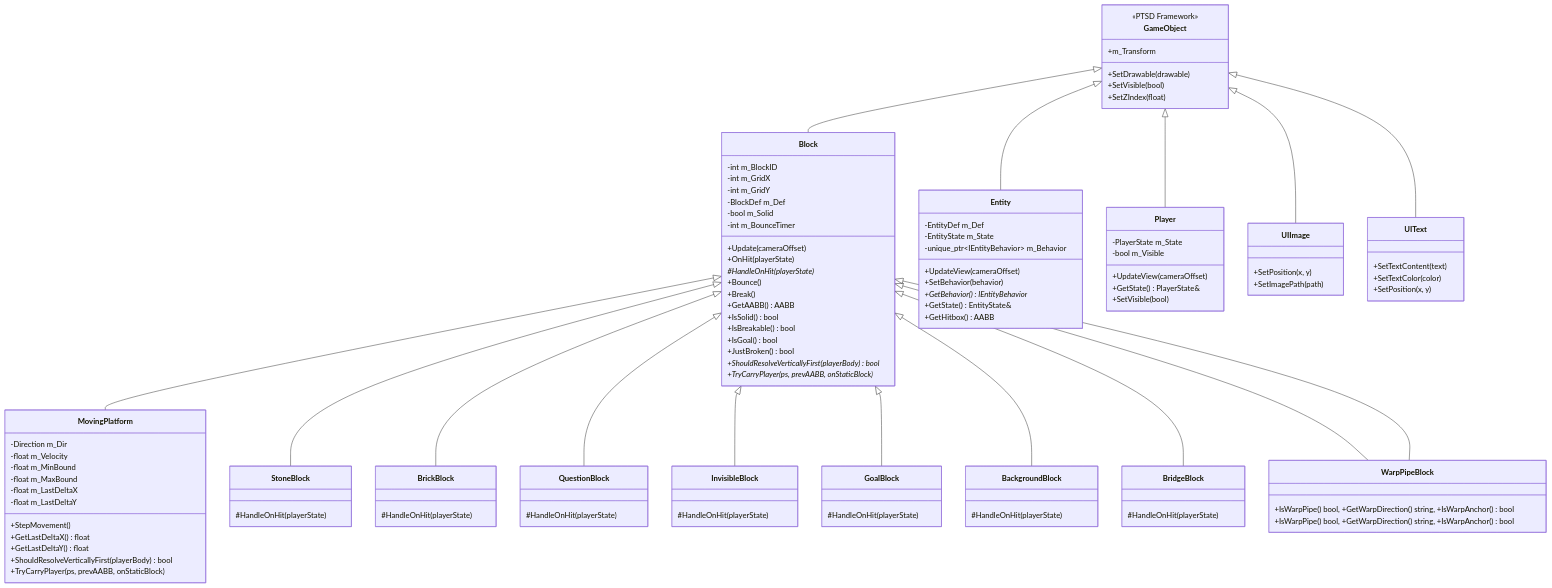
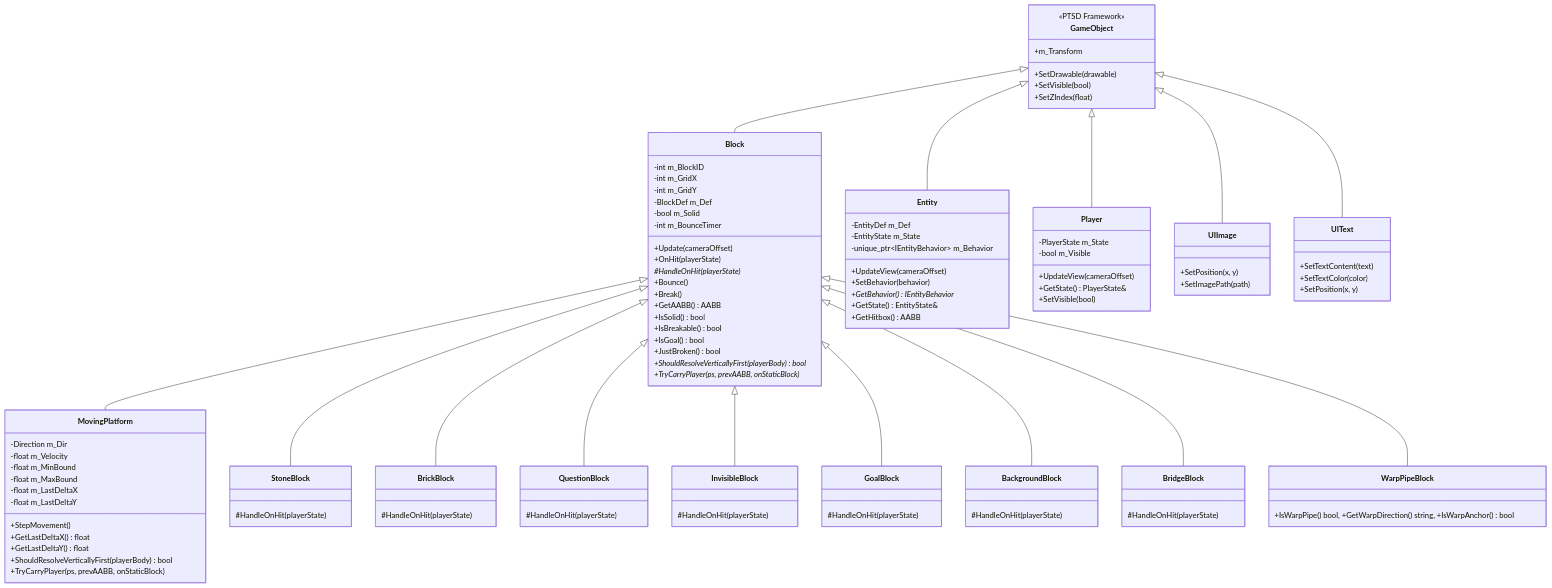
Before and after one commit to Andy87877/NTUT_OOPL_mario: the first of 29 diagrams in Constructure.md, drawn with Mermaid. The commit also changed other lines of this file and 2 other files, not shown here.

Commit message:
docs: 100% OOP architecture and SOLID principles proven in practice.

```diff
--- a/Constructure.md
+++ b/Constructure.md
@@ -182,7 +182,6 @@
     class BackgroundBlock { #HandleOnHit(playerState) }
     class BridgeBlock     { #HandleOnHit(playerState) }
     class WarpPipeBlock   { +IsWarpPipe() bool, +GetWarpDirection() string, +IsWarpAnchor() bool }
-    class WarpPipeBlock   { +IsWarpPipe() bool, +GetWarpDirection() string, +IsWarpAnchor() bool }
 
     class Entity {
         -EntityDef m_Def
@@ -224,7 +223,6 @@
     Block <|-- BackgroundBlock
     Block <|-- BridgeBlock
     Block <|-- WarpPipeBlock
-    Block <|-- WarpPipeBlock
     GameObject <|-- Entity
     GameObject <|-- Player
     GameObject <|-- UIImage
```
